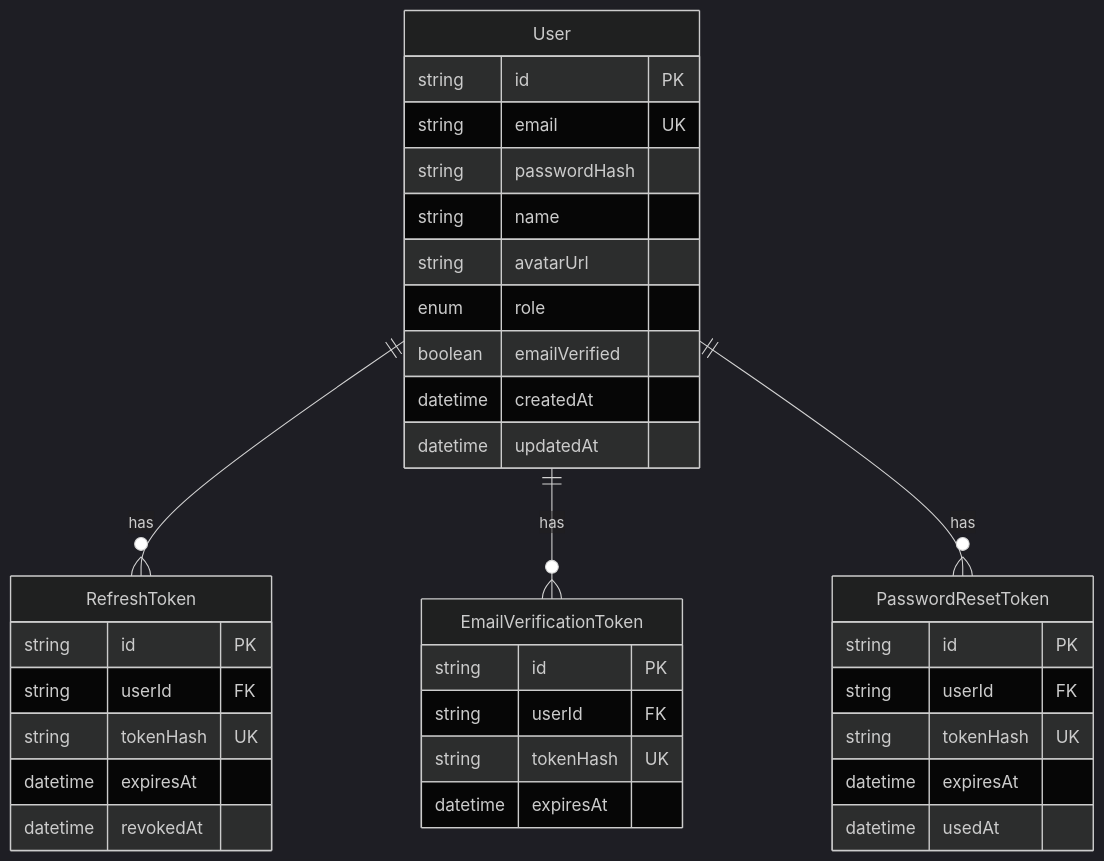
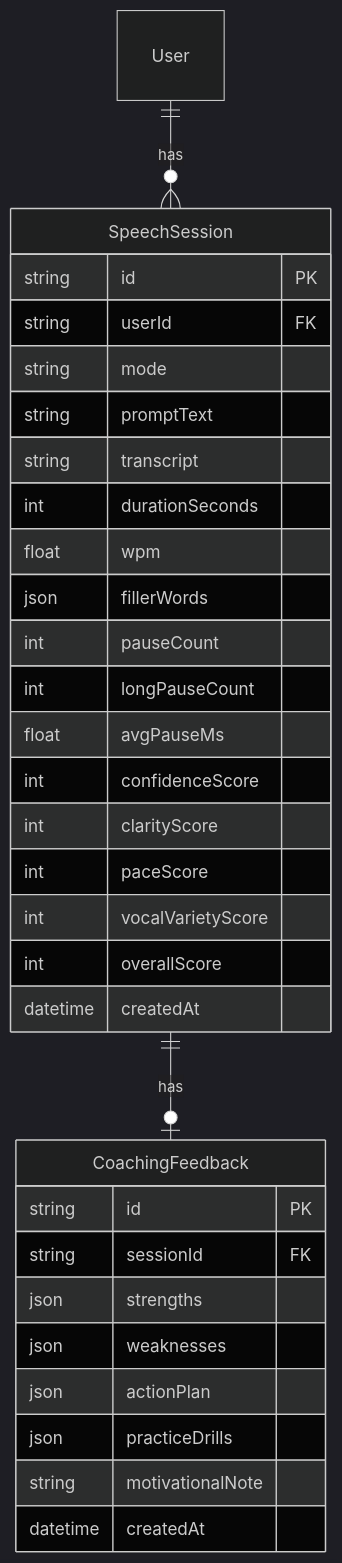
Before and after one commit to kartikeyaedit-boop/ascent-sat-platform: the diagram in docs/database-schema.md, drawn with Mermaid (dark theme). The commit also changed other lines of this file and 17 other files, not shown here.

````diff
--- a/docs/database-schema.md
+++ b/docs/database-schema.md
@@ -10,38 +13,35 @@
 ```mermaid
 erDiagram
-    User ||--o{ RefreshToken : has
-    User ||--o{ EmailVerificationToken : has
-    User ||--o{ PasswordResetToken : has
+    User ||--o{ SpeechSession : has
+    SpeechSession ||--o| CoachingFeedback : has
 
-    User {
-        string id PK
-        string email UK
-        string passwordHash
-        string name
-        string avatarUrl
-        enum role
-        boolean emailVerified
-        datetime createdAt
-        datetime updatedAt
-    }
-    RefreshToken {
+    SpeechSession {
         string id PK
         string userId FK
-        string tokenHash UK
-        datetime expiresAt
-        datetime revokedAt
+        string mode
+        string promptText
+        string transcript
+        int durationSeconds
+        float wpm
+        json fillerWords
+        int pauseCount
+        int longPauseCount
+        float avgPauseMs
+        int confidenceScore
+        int clarityScore
+        int paceScore
+        int vocalVarietyScore
+        int overallScore
+        datetime createdAt
     }
-    EmailVerificationToken {
+    CoachingFeedback {
         string id PK
-        string userId FK
-        string tokenHash UK
-        datetime expiresAt
-    }
-    PasswordResetToken {
-        string id PK
-        string userId FK
-        string tokenHash UK
-        datetime expiresAt
-        datetime usedAt
+        string sessionId FK
+        json strengths
+        json weaknesses
+        json actionPlan
+        json practiceDrills
+        string motivationalNote
+        datetime createdAt
     }
 ```
````
